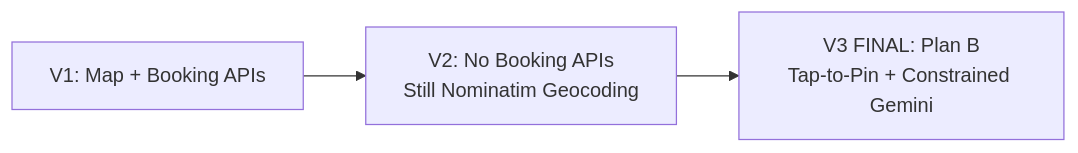
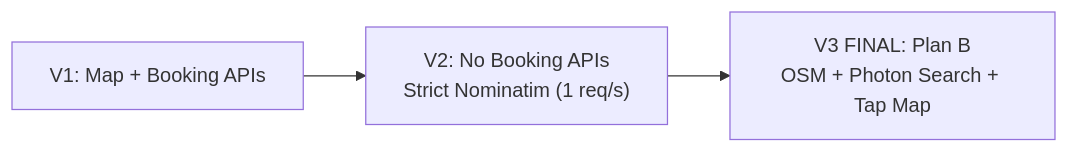
One commit to nlzce/We-are-the-champions_Plan-B changed the fifth of 7 diagrams in docs/ideation.md. Above: the diagram before and after it, drawn with Mermaid. The commit also changed other lines of this file and 2 other files, not shown here.

Commit message:
docs: adopt OpenStreetMap + Photon fuzzy search dual-mode map architecture

````diff
--- a/docs/ideation.md
+++ b/docs/ideation.md
@@ -258,5 +258,5 @@
 ```mermaid
 flowchart LR
-  V1["V1: Map + Booking APIs"] --> V2["V2: No Booking APIs<br/>Still Nominatim Geocoding"]
-  V2 --> V3["V3 FINAL: Plan B<br/>Tap-to-Pin + Constrained Gemini"]
+  V1["V1: Map + Booking APIs"] --> V2["V2: No Booking APIs<br/>Strict Nominatim (1 req/s)"]
+  V2 --> V3["V3 FINAL: Plan B<br/>OSM + Photon Search + Tap Map"]
 ```
````
